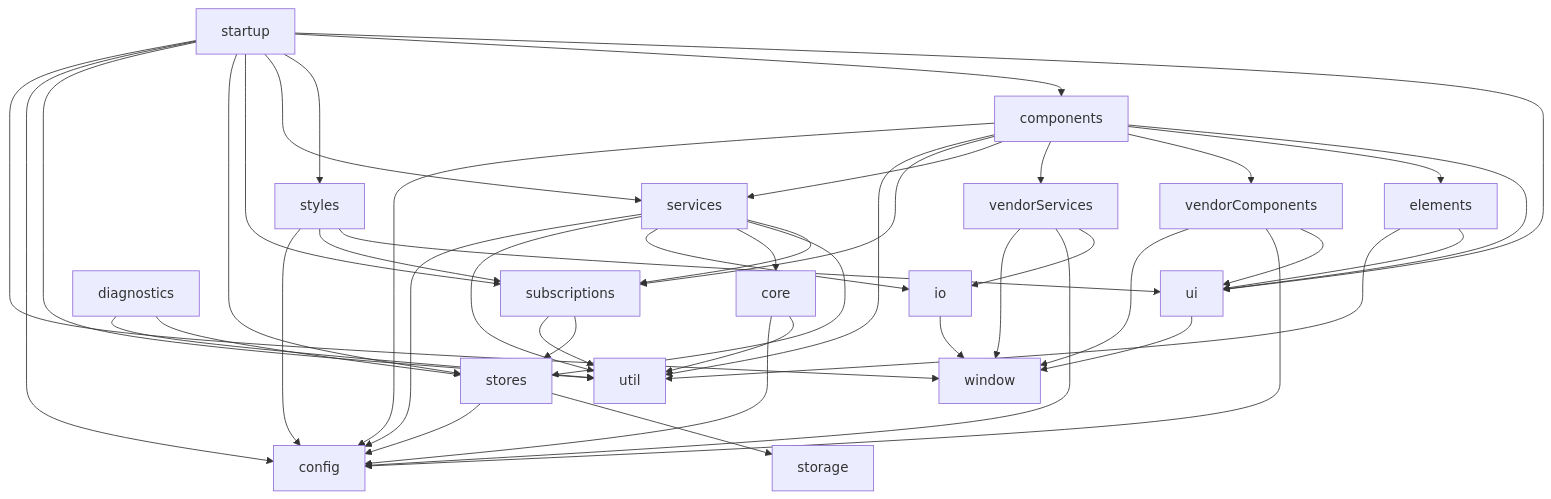
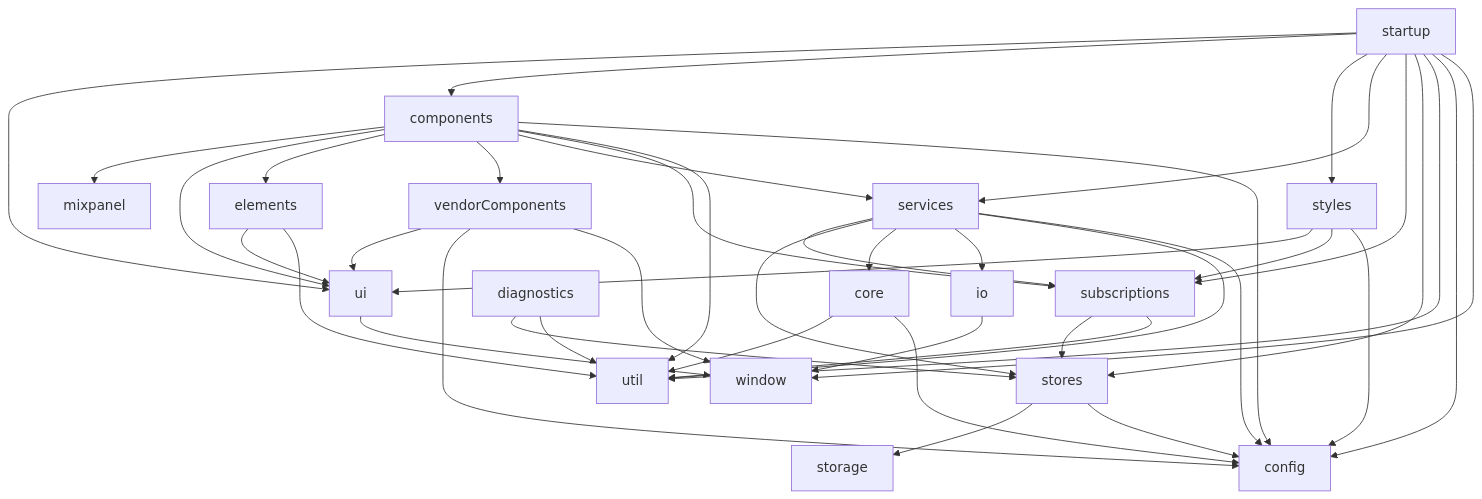
One commit to mattriley/node-module-composer changed the sixth of 6 diagrams in README.md. Above: the diagram before and after it, drawn with Mermaid. The commit also changed other lines of this file and 2 other files, not shown here.

````diff
--- a/README.md
+++ b/README.md
@@ -630,47 +626,44 @@
 ```mermaid
 graph TD;
+    components-->mixpanel;
     components-->ui;
     components-->elements;
     components-->vendorComponents;
-    components-->vendorServices;
     components-->services;
     components-->subscriptions;
     components-->util;
     components-->config;
     core-->util;
     core-->config;
     diagnostics-->stores;
     diagnostics-->util;
     elements-->ui;
     elements-->util;
     io-->window;
     services-->subscriptions;
     services-->stores;
     services-->core;
     services-->io;
     services-->util;
     services-->config;
     startup-->ui;
     startup-->components;
     startup-->styles;
     startup-->services;
     startup-->subscriptions;
     startup-->stores;
     startup-->util;
     startup-->config;
     startup-->window;
     stores-->storage;
     stores-->config;
     styles-->ui;
     styles-->subscriptions;
     styles-->config;
     subscriptions-->stores;
     subscriptions-->util;
     ui-->window;
     vendorComponents-->ui;
     vendorComponents-->config;
     vendorComponents-->window;
-    vendorServices-->io;
-    vendorServices-->config;
-    vendorServices-->window;
 ```
````
